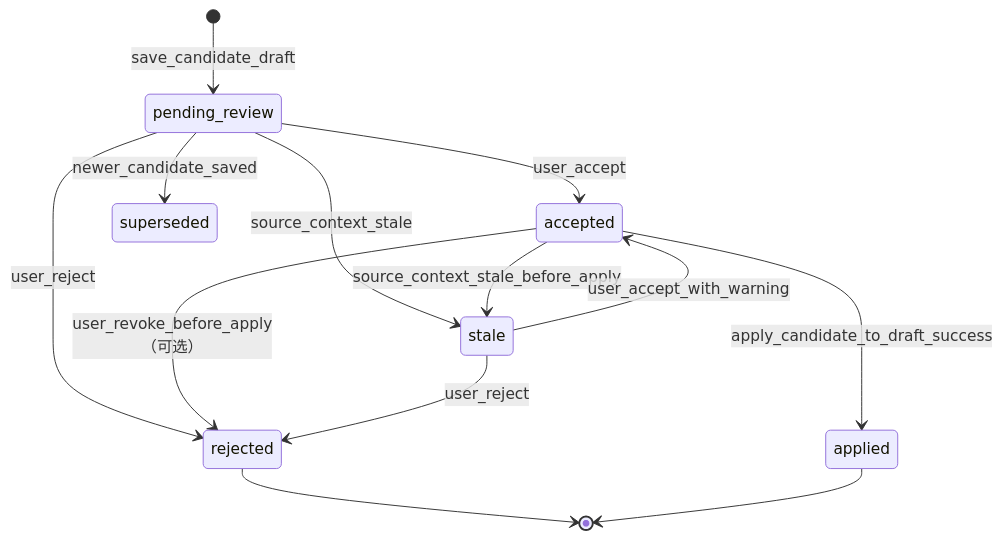
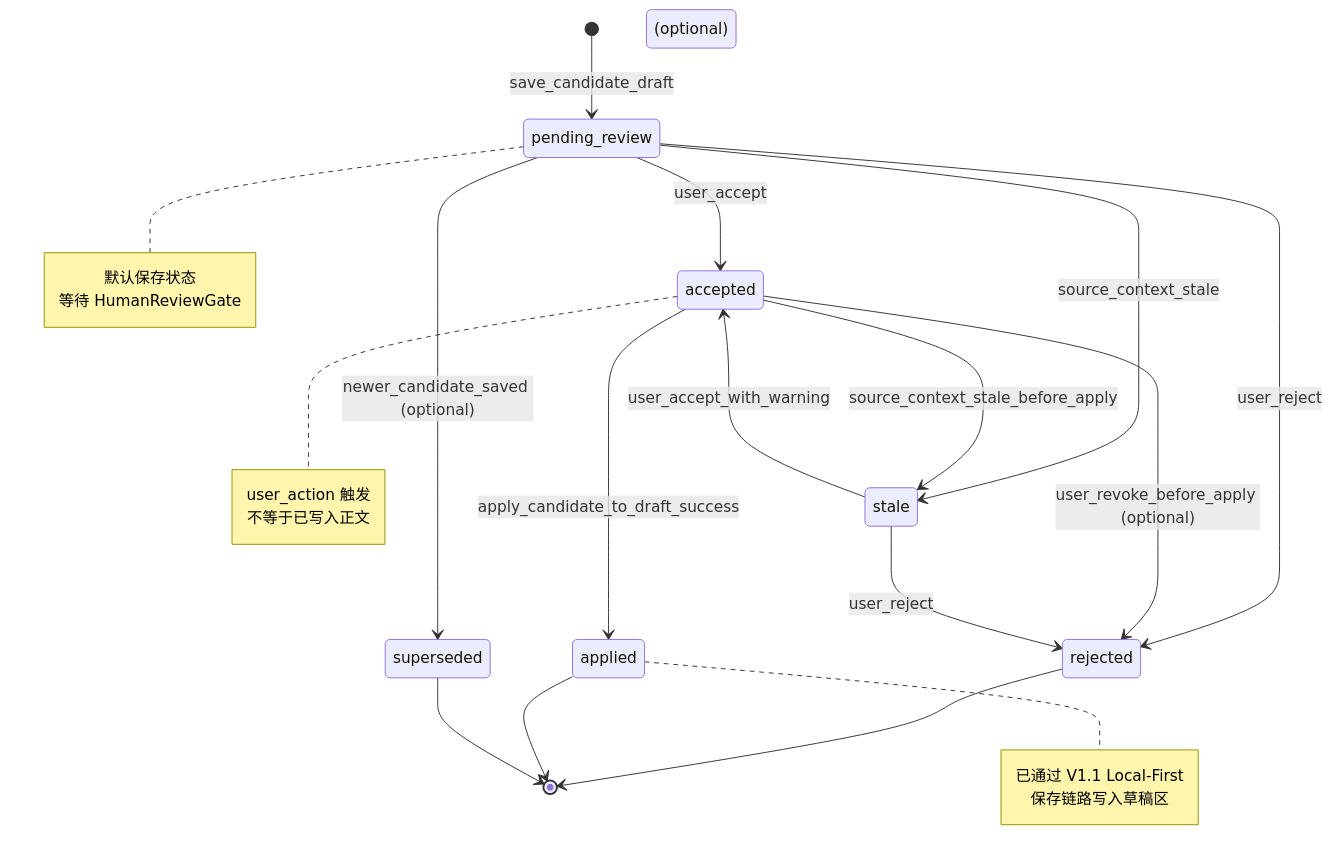
One commit to octsfm/InkTrace changed the second of 2 diagrams in docs/03_design/InkTrace-V2.0-P0-09-CandidateDraft与HumanReviewGate详细设计.md. Above: the diagram before and after it, drawn with Mermaid. The commit also changed other lines of this file and 20 other files, not shown here.

````diff
--- a/docs/03_design/InkTrace-V2.0-P0-09-CandidateDraft与HumanReviewGate详细设计.md
+++ b/docs/03_design/InkTrace-V2.0-P0-09-CandidateDraft与HumanReviewGate详细设计.md
@@ -332,15 +499,31 @@
 ```mermaid
 stateDiagram-v2
     [*] --> pending_review: save_candidate_draft
     pending_review --> accepted: user_accept
     pending_review --> rejected: user_reject
     pending_review --> stale: source_context_stale
-    pending_review --> superseded: newer_candidate_saved
+    pending_review --> superseded: newer_candidate_saved (optional)
     accepted --> applied: apply_candidate_to_draft_success
+    accepted --> rejected: user_revoke_before_apply (optional)
     accepted --> stale: source_context_stale_before_apply
-    accepted --> rejected: user_revoke_before_apply（可选）
     stale --> accepted: user_accept_with_warning
     stale --> rejected: user_reject
     rejected --> [*]
     applied --> [*]
+    superseded --> [*] (optional)
+
+    note right of pending_review
+        默认保存状态
+        等待 HumanReviewGate
+    end note
+
+    note right of accepted
+        user_action 触发
+        不等于已写入正文
+    end note
+
+    note right of applied
+        已通过 V1.1 Local-First
+        保存链路写入草稿区
+    end note
 ```
````
